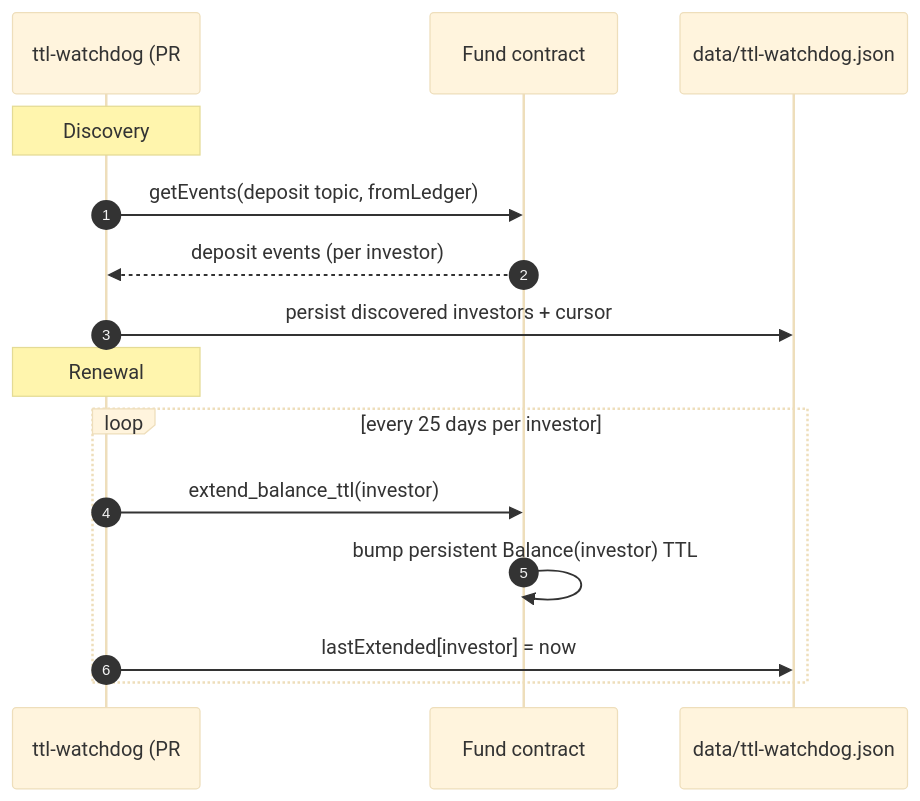
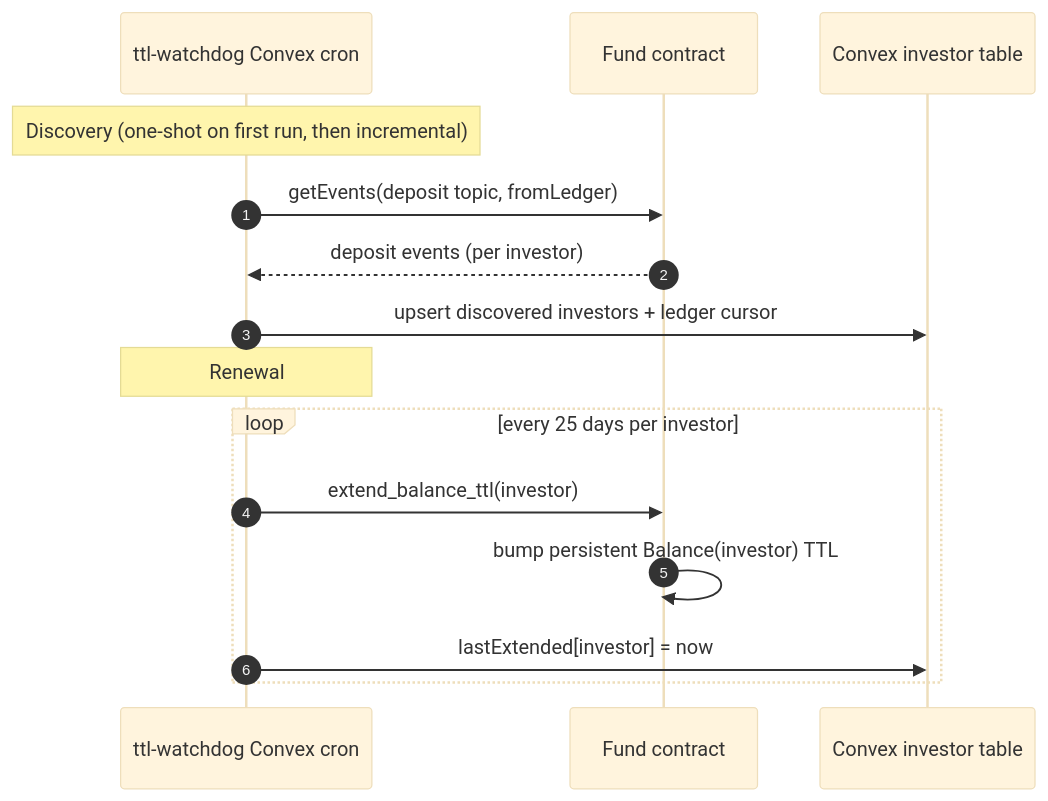
One commit to mutav-finance/mutav-stellar changed the seventh of 7 diagrams in docs/architecture/06-canonical-flows.md. Above: the diagram before and after it, drawn with Mermaid (base theme). The commit also changed other lines of this file and 12 other files, not shown here.

First line of the commit message:
docs: consolidate target architecture per #57 (#58)

````diff
--- a/docs/architecture/06-canonical-flows.md
+++ b/docs/architecture/06-canonical-flows.md
@@ -162,19 +164,19 @@
 ```mermaid
 sequenceDiagram
     autonumber
-    participant W as ttl-watchdog (PR #27)
+    participant W as ttl-watchdog Convex cron
     participant F as Fund contract
-    participant S as data/ttl-watchdog.json
+    participant T as Convex investor table
 
-    Note over W: Discovery
+    Note over W: Discovery (one-shot on first run, then incremental)
     W->>F: getEvents(deposit topic, fromLedger)
     F-->>W: deposit events (per investor)
-    W->>S: persist discovered investors + cursor
+    W->>T: upsert discovered investors + ledger cursor
 
     Note over W: Renewal
     loop every 25 days per investor
         W->>F: extend_balance_ttl(investor)
         F->>F: bump persistent Balance(investor) TTL
-        W->>S: lastExtended[investor] = now
+        W->>T: lastExtended[investor] = now
     end
 ```
````
